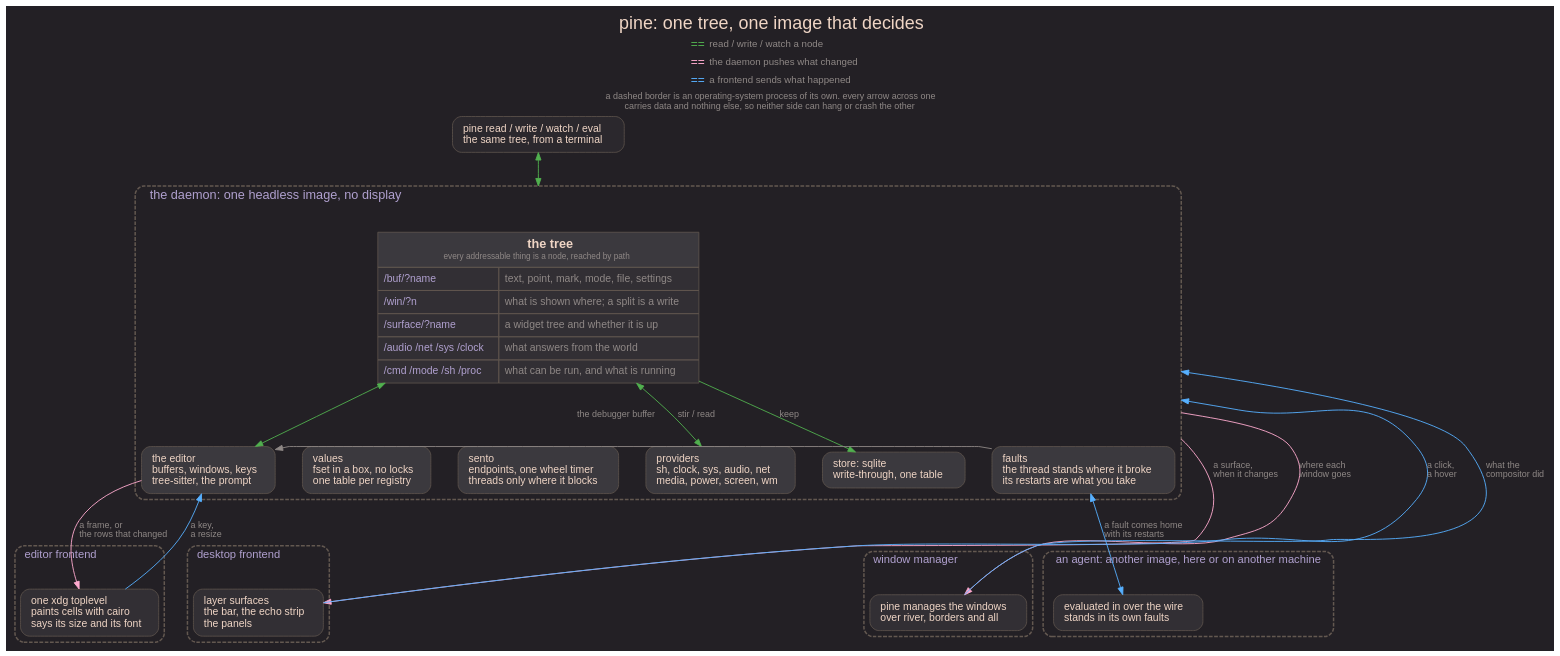
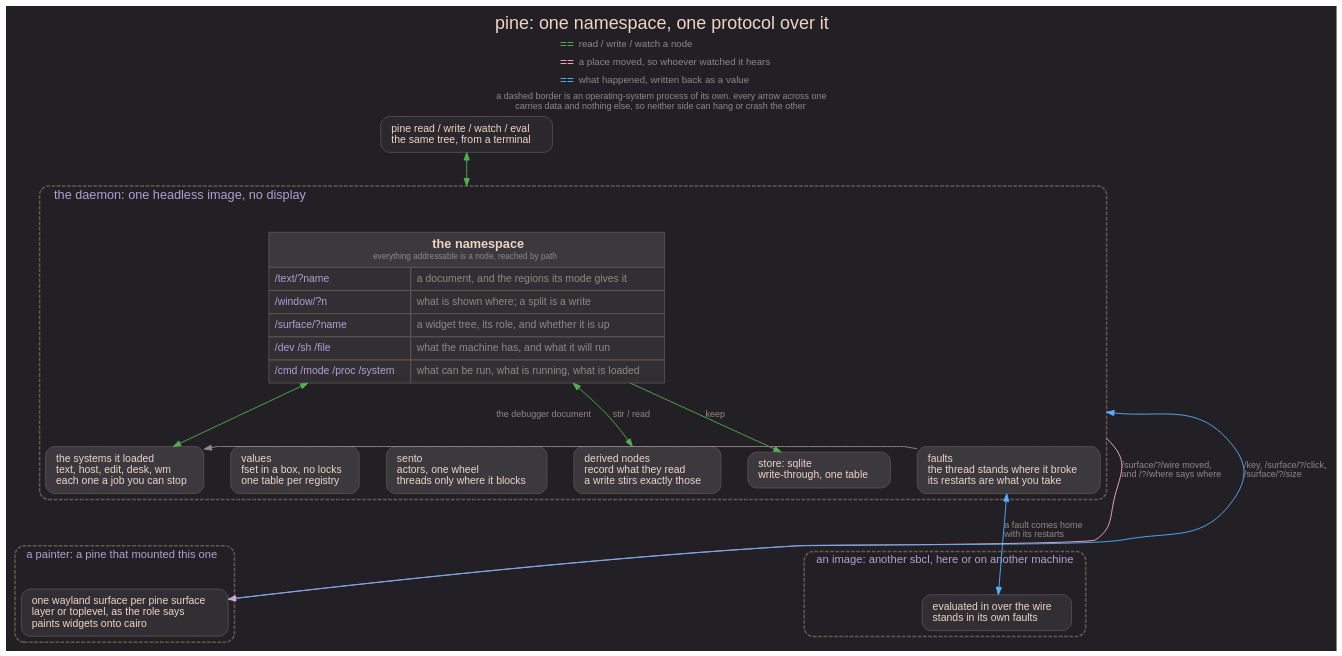
The diagram in doc/architecture.dot (bretfh/pine), drawn with Graphviz before and after one commit. The commit also changed 211 other files, not shown here.

```diff
--- a/doc/architecture.dot
+++ b/doc/architecture.dot
@@ -1,110 +1,92 @@
 digraph pine {
   rankdir=TB; splines=spline; compound=true;
   graph [fontname="sans-serif", fontsize=22, ranksep=1.0, nodesep=0.5,
          bgcolor="#232025", labelloc=t, fontcolor="#efd5c5",
          label=<<table border="0" cellborder="0" cellspacing="0" cellpadding="3">
-           <tr><td colspan="2"><font point-size="24" color="#efd5c5">pine: one tree, one image that decides</font></td></tr>
+           <tr><td colspan="2"><font point-size="24" color="#efd5c5">pine: one namespace, one protocol over it</font></td></tr>
            <tr><td align="right"><font color="#51b04f" point-size="16">==</font></td>
                <td align="left"><font color="#8f8886" point-size="13">read / write / watch a node</font></td></tr>
            <tr><td align="right"><font color="#ffaacf" point-size="16">==</font></td>
-               <td align="left"><font color="#8f8886" point-size="13">the daemon pushes what changed</font></td></tr>
+               <td align="left"><font color="#8f8886" point-size="13">a place moved, so whoever watched it hears</font></td></tr>
            <tr><td align="right"><font color="#57b0ff" point-size="16">==</font></td>
-               <td align="left"><font color="#8f8886" point-size="13">a frontend sends what happened</font></td></tr>
+               <td align="left"><font color="#8f8886" point-size="13">what happened, written back as a value</font></td></tr>
            <tr><td colspan="2"><font color="#8f8886" point-size="12">a dashed border is an operating-system process of its own. every arrow across one<br/>carries data and nothing else, so neither side can hang or crash the other</font></td></tr>
          </table>>];
   node  [fontname="sans-serif", fontsize=14, shape=box, style="rounded,filled",
          color="#635850", fontcolor="#efd5c5", fillcolor="#322f34",
          margin="0.20,0.12"];
   edge  [fontname="sans-serif", fontsize=12, color="#8f8886",
          fontcolor="#8f8886", penwidth=1.2];
 
   subgraph cluster_daemon {
     label="the daemon: one headless image, no display";
     labeljust=l; fontsize=17; fontcolor="#b0a0cf";
     color="#635850"; style="rounded,dashed"; penwidth=2;
 
     tree [shape=none, margin=0, label=<
       <table border="0" cellborder="1" cellspacing="0" cellpadding="7"
              bgcolor="#322f34" color="#635850">
         <tr><td bgcolor="#3b393e" colspan="2">
-          <font color="#efd5c5" point-size="17"><b>the tree</b></font><br/>
-          <font color="#8f8886" point-size="11">every addressable thing is a node, reached by path</font>
+          <font color="#efd5c5" point-size="17"><b>the namespace</b></font><br/>
+          <font color="#8f8886" point-size="11">everything addressable is a node, reached by path</font>
         </td></tr>
-        <tr><td align="left"><font color="#b0a0cf">/buf/?name</font></td>
-            <td align="left"><font color="#8f8886">text, point, mark, mode, file, settings</font></td></tr>
-        <tr><td align="left"><font color="#b0a0cf">/win/?n</font></td>
+        <tr><td align="left"><font color="#b0a0cf">/text/?name</font></td>
+            <td align="left"><font color="#8f8886">a document, and the regions its mode gives it</font></td></tr>
+        <tr><td align="left"><font color="#b0a0cf">/window/?n</font></td>
             <td align="left"><font color="#8f8886">what is shown where; a split is a write</font></td></tr>
         <tr><td align="left"><font color="#b0a0cf">/surface/?name</font></td>
-            <td align="left"><font color="#8f8886">a widget tree and whether it is up</font></td></tr>
-        <tr><td align="left"><font color="#b0a0cf">/audio /net /sys /clock</font></td>
-            <td align="left"><font color="#8f8886">what answers from the world</font></td></tr>
-        <tr><td align="left"><font color="#b0a0cf">/cmd /mode /sh /proc</font></td>
-            <td align="left"><font color="#8f8886">what can be run, and what is running</font></td></tr>
+            <td align="left"><font color="#8f8886">a widget tree, its role, and whether it is up</font></td></tr>
+        <tr><td align="left"><font color="#b0a0cf">/dev /sh /file</font></td>
+            <td align="left"><font color="#8f8886">what the machine has, and what it will run</font></td></tr>
+        <tr><td align="left"><font color="#b0a0cf">/cmd /mode /proc /system</font></td>
+            <td align="left"><font color="#8f8886">what can be run, what is running, what is loaded</font></td></tr>
       </table>>];
 
     values [label="values\lfset in a box, no locks\lone table per registry\l", fillcolor="#3b393e"];
-    conc   [label="sento\lendpoints, one wheel timer\lthreads only where it blocks\l", fillcolor="#3b393e"];
-    prov   [label="providers\lsh, clock, sys, audio, net\lmedia, power, screen, wm\l", fillcolor="#3b393e"];
+    conc   [label="sento\lactors, one wheel\lthreads only where it blocks\l", fillcolor="#3b393e"];
+    derived [label="derived nodes\lrecord what they read\la write stirs exactly those\l", fillcolor="#3b393e"];
     store  [label="store: sqlite\lwrite-through, one table\l", fillcolor="#3b393e"];
-    edit   [label="the editor\lbuffers, windows, keys\ltree-sitter, the prompt\l", fillcolor="#3b393e"];
+    systems [label="the systems it loaded\ltext, host, edit, desk, wm\leach one a job you can stop\l", fillcolor="#3b393e"];
     faults [label="faults\lthe thread stands where it broke\lits restarts are what you take\l", fillcolor="#3b393e"];
 
-    { rank=same; prov; store; values; conc; }
-    { rank=same; edit; faults; }
-    tree -> prov   [color="#51b04f", dir=both, label="stir / read"];
-    tree -> store  [color="#51b04f", label="keep"];
-    tree -> values [style=invis];
-    tree -> conc   [style=invis];
-    tree -> edit   [color="#51b04f", dir=both];
-    faults -> edit [color="#8f8886", constraint=false, label="the debugger buffer"];
+    { rank=same; derived; store; values; conc; }
+    { rank=same; systems; faults; }
+    tree -> derived [color="#51b04f", dir=both, label="stir / read"];
+    tree -> store   [color="#51b04f", label="keep"];
+    tree -> values  [style=invis];
+    tree -> conc    [style=invis];
+    tree -> systems [color="#51b04f", dir=both];
+    faults -> systems [color="#8f8886", constraint=false,
+                       label="the debugger document"];
   }
 
-  subgraph cluster_editor {
-    label="editor frontend"; labeljust=l; fontsize=15; fontcolor="#b0a0cf";
+  subgraph cluster_painter {
+    label="a painter: a pine that mounted this one";
+    labeljust=l; fontsize=15; fontcolor="#b0a0cf";
     color="#635850"; style="rounded,dashed"; penwidth=2;
-    ed [label="one xdg toplevel\lpaints cells with cairo\lsays its size and its font\l"];
+    pa [label="one wayland surface per pine surface\llayer or toplevel, as the role says\lpaints widgets onto cairo\l"];
   }
 
-  subgraph cluster_desktop {
-    label="desktop frontend"; labeljust=l; fontsize=15; fontcolor="#b0a0cf";
-    color="#635850"; style="rounded,dashed"; penwidth=2;
-    de [label="layer surfaces\lthe bar, the echo strip\lthe panels\l"];
-  }
-
-  subgraph cluster_wm {
-    label="window manager"; labeljust=l; fontsize=15; fontcolor="#b0a0cf";
-    color="#635850"; style="rounded,dashed"; penwidth=2;
-    wm [label="pine manages the windows\lover river, borders and all\l"];
-  }
-
-  subgraph cluster_agent {
-    label="an agent: another image, here or on another machine";
+  subgraph cluster_image {
+    label="an image: another sbcl, here or on another machine";
     labeljust=l; fontsize=15; fontcolor="#b0a0cf";
     color="#635850"; style="rounded,dashed"; penwidth=2;
-    ag [label="evaluated in over the wire\lstands in its own faults\l"];
+    im [label="evaluated in over the wire\lstands in its own faults\l"];
   }
 
   cli [label="pine read / write / watch / eval\lthe same tree, from a terminal\l",
        fillcolor="#2b282d"];
 
-  edit -> ed [color="#ffaacf", label="a frame, or\lthe rows that changed\l"];
-  ed -> edit [color="#57b0ff", label="a key,\la resize\l"];
+  systems -> pa [style=invis];
+  faults -> im [style=invis];
 
-  edit -> de [style=invis];
-  faults -> wm [style=invis];
+  tree -> pa [color="#ffaacf", ltail=cluster_daemon, constraint=false,
+              label="/surface/?/wire moved,\land /?/where says where\l"];
+  pa -> tree [color="#57b0ff", lhead=cluster_daemon, constraint=false,
+              label="/key, /surface/?/click,\l/surface/?/size\l"];
 
-  tree -> de [color="#ffaacf", ltail=cluster_daemon, constraint=false,
-              label="a surface,\lwhen it changes\l"];
-  de -> tree [color="#57b0ff", lhead=cluster_daemon, constraint=false,
-              label="a click,\la hover\l"];
-
-  tree -> wm [color="#ffaacf", ltail=cluster_daemon, constraint=false,
-              label="where each\lwindow goes\l"];
-  wm -> tree [color="#57b0ff", lhead=cluster_daemon, constraint=false,
-              label="what the\lcompositor did\l"];
-
-  faults -> ag [color="#57b0ff", dir=both,
+  faults -> im [color="#57b0ff", dir=both,
                 label="a fault comes home\lwith its restarts\l"];
 
   cli -> tree [color="#51b04f", dir=both, lhead=cluster_daemon];
 }
```
